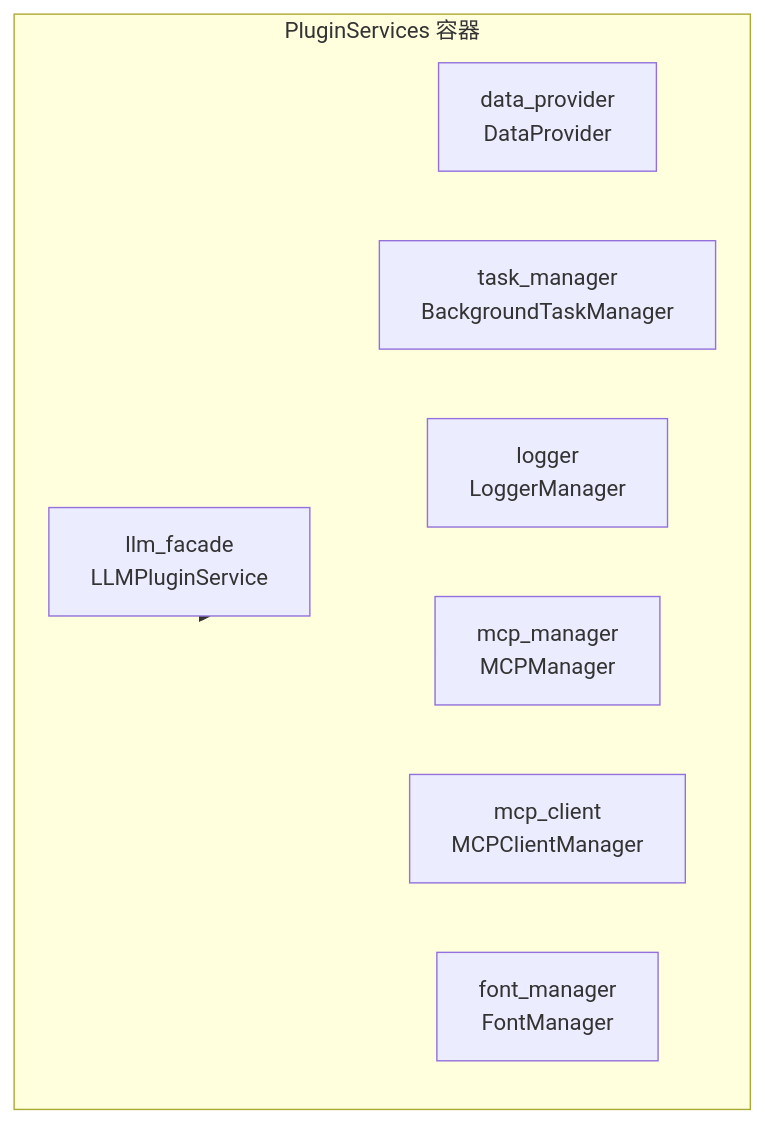
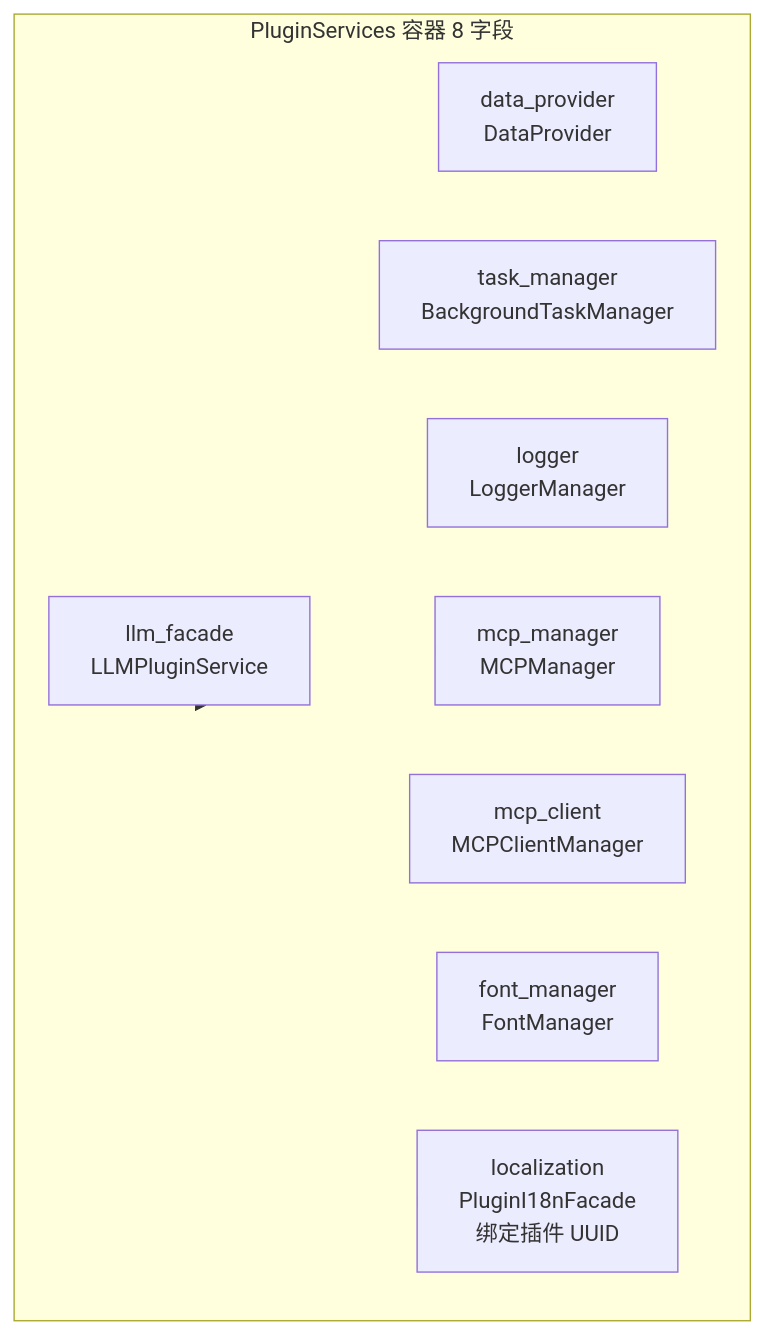
One commit to KKPIP-Tech/InstructionX changed the fifth of 6 diagrams in docs/core/plugin-system/overview.md. Above: the diagram before and after it, drawn with Mermaid. The commit also changed other lines of this file and 26 other files, not shown here.

````diff
--- a/docs/core/plugin-system/overview.md
+++ b/docs/core/plugin-system/overview.md
@@ -291,20 +291,22 @@
 ```mermaid
 graph LR
-    subgraph PluginServices [PluginServices 容器]
+    subgraph PluginServices [PluginServices 容器 8 字段]
         LLM[llm_facade<br/>LLMPluginService]
         DP[data_provider<br/>DataProvider]
         TM[task_manager<br/>BackgroundTaskManager]
         LG[logger<br/>LoggerManager]
         MCM[mcp_manager<br/>MCPManager]
         MCC[mcp_client<br/>MCPClientManager]
         FTM[font_manager<br/>FontManager]
+        LOC[localization<br/>PluginI18nFacade<br/>绑定插件 UUID]
     end
 
     PluginServices --> LLM
     PluginServices --> DP
     PluginServices --> TM
     PluginServices --> LG
     PluginServices --> MCM
     PluginServices --> MCC
     PluginServices --> FTM
+    PluginServices --> LOC
 ```
````
